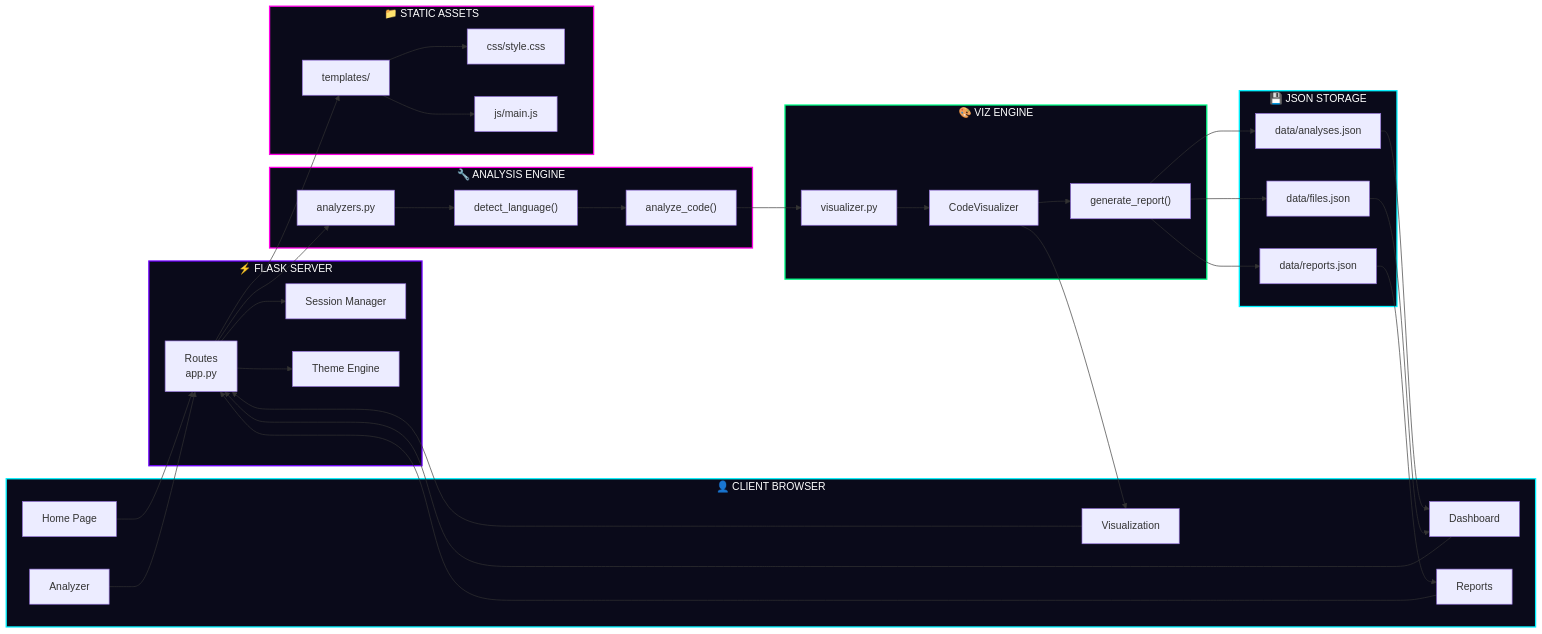
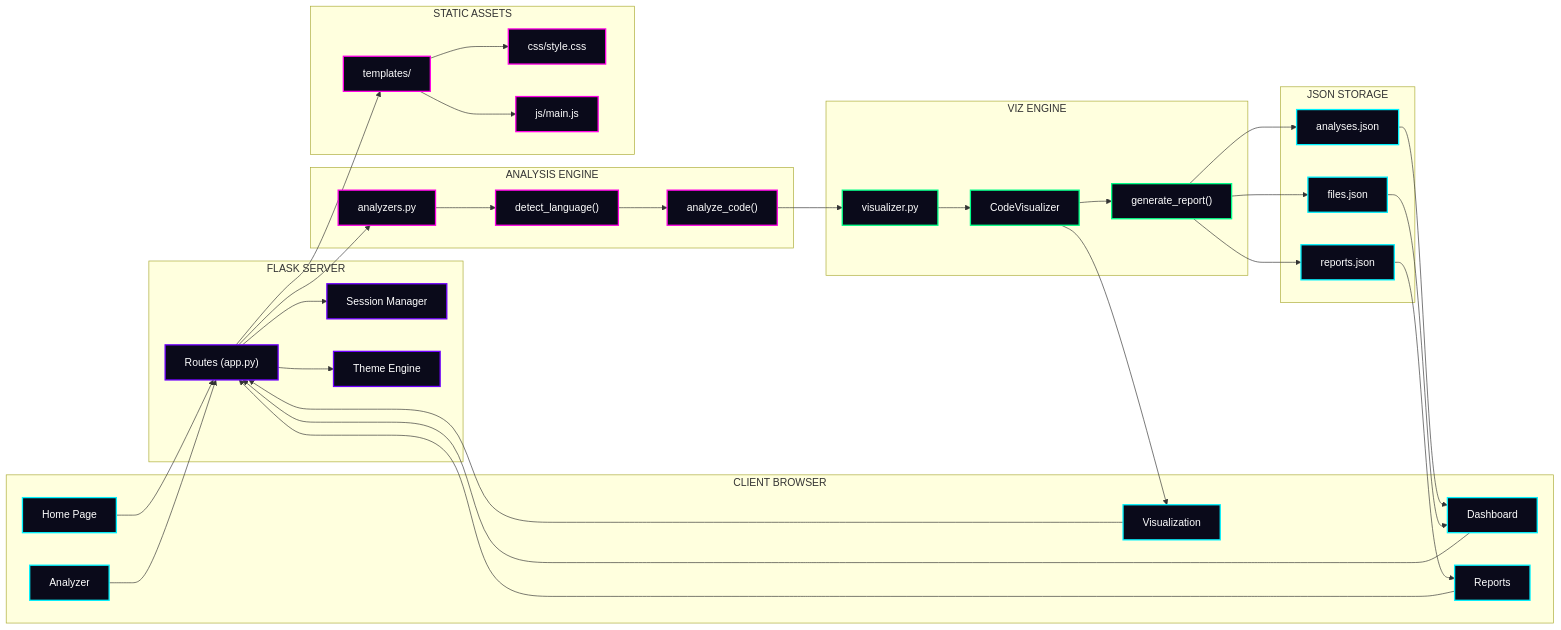
Before and after one commit to issu321/Programming-Visualization: the second of 21 diagrams in README.md, drawn with Mermaid. The commit also changed other lines of this file, not shown here.

````diff
--- a/README.md
+++ b/README.md
@@ -246,71 +206,77 @@
 ```mermaid
 graph LR
-    subgraph CLIENT["👤 CLIENT BROWSER"]
+    subgraph CLIENT["CLIENT BROWSER"]
         C1["Home Page"]
         C2["Analyzer"]
         C3["Dashboard"]
         C4["Visualization"]
         C5["Reports"]
     end
 
-    subgraph FLASK["⚡ FLASK SERVER"]
-        F1["Routes<br/>app.py"]
+    subgraph FLASK["FLASK SERVER"]
+        F1["Routes (app.py)"]
         F2["Session Manager"]
         F3["Theme Engine"]
     end
 
-    subgraph ENGINE["🔧 ANALYSIS ENGINE"]
+    subgraph ENGINE["ANALYSIS ENGINE"]
         E1["analyzers.py"]
         E2["detect_language()"]
         E3["analyze_code()"]
     end
 
-    subgraph VIZ["🎨 VIZ ENGINE"]
+    subgraph VIZENGINE["VIZ ENGINE"]
         V1["visualizer.py"]
         V2["CodeVisualizer"]
         V3["generate_report()"]
     end
 
-    subgraph STORAGE["💾 JSON STORAGE"]
-        S1["data/analyses.json"]
-        S2["data/files.json"]
-        S3["data/reports.json"]
+    subgraph STORAGE["JSON STORAGE"]
+        S1["analyses.json"]
+        S2["files.json"]
+        S3["reports.json"]
     end
 
-    subgraph STATIC["📁 STATIC ASSETS"]
+    subgraph STATIC["STATIC ASSETS"]
         ST1["templates/"]
         ST2["css/style.css"]
         ST3["js/main.js"]
     end
 
     C1 --> F1
     C2 --> F1
     C3 --> F1
     C4 --> F1
     C5 --> F1
     F1 --> F2
     F1 --> F3
     F1 --> E1
     E1 --> E2
     E2 --> E3
     E3 --> V1
     V1 --> V2
     V2 --> V3
     V3 --> S1
     V3 --> S2
     V3 --> S3
     F1 --> ST1
     ST1 --> ST2
     ST1 --> ST3
     S1 --> C3
     S2 --> C3
     S3 --> C5
     V2 --> C4
 
-    style CLIENT fill:#0a0a1a,stroke:#00f2ff,stroke-width:2px,color:#fff
-    style FLASK fill:#0a0a1a,stroke:#7000ff,stroke-width:2px,color:#fff
-    style ENGINE fill:#0a0a1a,stroke:#ff00e6,stroke-width:2px,color:#fff
-    style VIZ fill:#0a0a1a,stroke:#00ff88,stroke-width:2px,color:#fff
-    style STORAGE fill:#0a0a1a,stroke:#00f2ff,stroke-width:2px,color:#fff
-    style STATIC fill:#0a0a1a,stroke:#ff00e6,stroke-width:2px,color:#fff
+    classDef client fill:#0a0a1a,stroke:#00f2ff,stroke-width:2px,color:#fff
+    classDef flask fill:#0a0a1a,stroke:#7000ff,stroke-width:2px,color:#fff
+    classDef engine fill:#0a0a1a,stroke:#ff00e6,stroke-width:2px,color:#fff
+    classDef viz fill:#0a0a1a,stroke:#00ff88,stroke-width:2px,color:#fff
+    classDef storage fill:#0a0a1a,stroke:#00f2ff,stroke-width:2px,color:#fff
+    classDef static fill:#0a0a1a,stroke:#ff00e6,stroke-width:2px,color:#fff
+    class C1,C2,C3,C4,C5 client
+    class F1,F2,F3 flask
+    class E1,E2,E3 engine
+    class V1,V2,V3 viz
+    class S1,S2,S3 storage
+    class ST1,ST2,ST3 static
 ```
````
